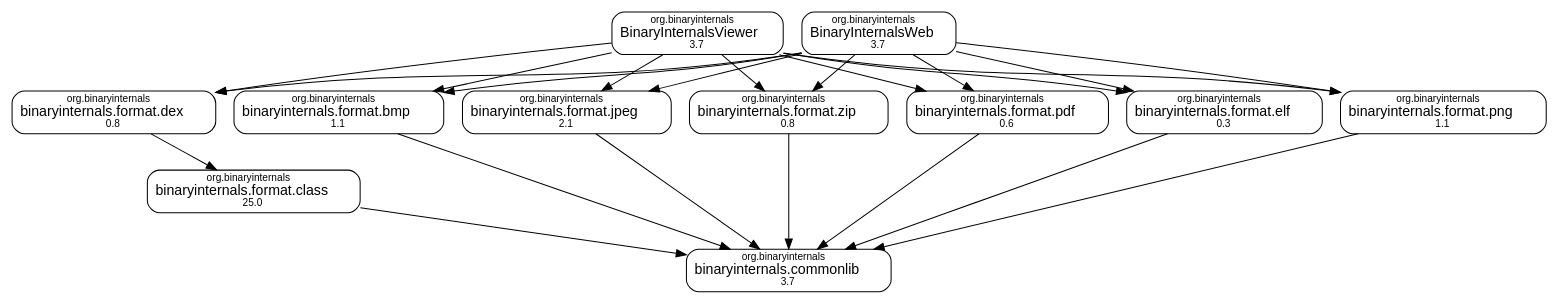
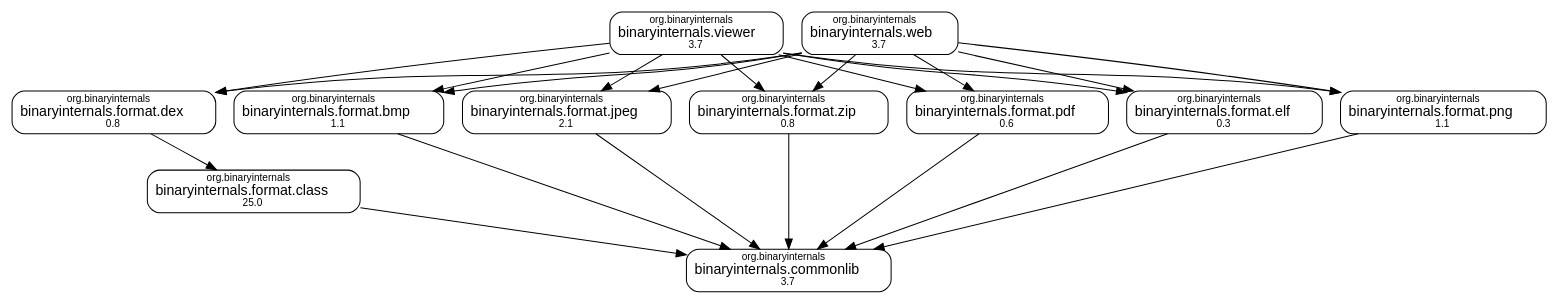
Before and after one commit to amosshi/binaryinternals: the diagram in docs/dependency-graph.dot, drawn with Graphviz. The commit also changed 11 other files, not shown here.

```diff
--- a/docs/dependency-graph.dot
+++ b/docs/dependency-graph.dot
@@ -1,41 +1,41 @@
 digraph "binaryinternals" {
   node [shape="box",style="rounded",fontname="Helvetica",fontsize="14"]
   edge [fontsize="10",fontname="Helvetica"]
 
   // Node Definitions:
   "org.binaryinternals:binaryinternals.format.class:jar:compile"[label=<<font point-size="10">org.binaryinternals</font><br/>binaryinternals.format.class<font point-size="10"><br/>25.0</font>>]
   "org.binaryinternals:binaryinternals.commonlib:jar:compile"[label=<<font point-size="10">org.binaryinternals</font><br/>binaryinternals.commonlib<font point-size="10"><br/>3.7</font>>]
   "org.binaryinternals:binaryinternals.format.bmp:jar:compile"[label=<<font point-size="10">org.binaryinternals</font><br/>binaryinternals.format.bmp<font point-size="10"><br/>1.1</font>>]
   "org.binaryinternals:binaryinternals.format.jpeg:jar:compile"[label=<<font point-size="10">org.binaryinternals</font><br/>binaryinternals.format.jpeg<font point-size="10"><br/>2.1</font>>]
   "org.binaryinternals:binaryinternals.format.zip:jar:compile"[label=<<font point-size="10">org.binaryinternals</font><br/>binaryinternals.format.zip<font point-size="10"><br/>0.8</font>>]
   "org.binaryinternals:binaryinternals.format.pdf:jar:compile"[label=<<font point-size="10">org.binaryinternals</font><br/>binaryinternals.format.pdf<font point-size="10"><br/>0.6</font>>]
   "org.binaryinternals:binaryinternals.format.dex:jar:compile"[label=<<font point-size="10">org.binaryinternals</font><br/>binaryinternals.format.dex<font point-size="10"><br/>0.8</font>>]
   "org.binaryinternals:binaryinternals.format.elf:jar:compile"[label=<<font point-size="10">org.binaryinternals</font><br/>binaryinternals.format.elf<font point-size="10"><br/>0.3</font>>]
   "org.binaryinternals:binaryinternals.format.png:jar:compile"[label=<<font point-size="10">org.binaryinternals</font><br/>binaryinternals.format.png<font point-size="10"><br/>1.1</font>>]
-  "org.binaryinternals:BinaryInternalsViewer:jar:compile"[label=<<font point-size="10">org.binaryinternals</font><br/>BinaryInternalsViewer<font point-size="10"><br/>3.7</font>>]
-  "org.binaryinternals:BinaryInternalsWeb:jar:compile"[label=<<font point-size="10">org.binaryinternals</font><br/>BinaryInternalsWeb<font point-size="10"><br/>3.7</font>>]
+  "org.binaryinternals:binaryinternals.viewer:jar:compile"[label=<<font point-size="10">org.binaryinternals</font><br/>binaryinternals.viewer<font point-size="10"><br/>3.7</font>>]
+  "org.binaryinternals:binaryinternals.web:jar:compile"[label=<<font point-size="10">org.binaryinternals</font><br/>binaryinternals.web<font point-size="10"><br/>3.7</font>>]
 
   // Edge Definitions:
   "org.binaryinternals:binaryinternals.format.class:jar:compile" -> "org.binaryinternals:binaryinternals.commonlib:jar:compile"
   "org.binaryinternals:binaryinternals.format.bmp:jar:compile" -> "org.binaryinternals:binaryinternals.commonlib:jar:compile"
   "org.binaryinternals:binaryinternals.format.jpeg:jar:compile" -> "org.binaryinternals:binaryinternals.commonlib:jar:compile"
   "org.binaryinternals:binaryinternals.format.zip:jar:compile" -> "org.binaryinternals:binaryinternals.commonlib:jar:compile"
   "org.binaryinternals:binaryinternals.format.pdf:jar:compile" -> "org.binaryinternals:binaryinternals.commonlib:jar:compile"
   "org.binaryinternals:binaryinternals.format.dex:jar:compile" -> "org.binaryinternals:binaryinternals.format.class:jar:compile"
   "org.binaryinternals:binaryinternals.format.elf:jar:compile" -> "org.binaryinternals:binaryinternals.commonlib:jar:compile"
   "org.binaryinternals:binaryinternals.format.png:jar:compile" -> "org.binaryinternals:binaryinternals.commonlib:jar:compile"
-  "org.binaryinternals:BinaryInternalsViewer:jar:compile" -> "org.binaryinternals:binaryinternals.format.bmp:jar:compile"
-  "org.binaryinternals:BinaryInternalsViewer:jar:compile" -> "org.binaryinternals:binaryinternals.format.jpeg:jar:compile"
-  "org.binaryinternals:BinaryInternalsViewer:jar:compile" -> "org.binaryinternals:binaryinternals.format.zip:jar:compile"
-  "org.binaryinternals:BinaryInternalsViewer:jar:compile" -> "org.binaryinternals:binaryinternals.format.pdf:jar:compile"
-  "org.binaryinternals:BinaryInternalsViewer:jar:compile" -> "org.binaryinternals:binaryinternals.format.dex:jar:compile"
-  "org.binaryinternals:BinaryInternalsViewer:jar:compile" -> "org.binaryinternals:binaryinternals.format.elf:jar:compile"
-  "org.binaryinternals:BinaryInternalsViewer:jar:compile" -> "org.binaryinternals:binaryinternals.format.png:jar:compile"
-  "org.binaryinternals:BinaryInternalsWeb:jar:compile" -> "org.binaryinternals:binaryinternals.format.bmp:jar:compile"
-  "org.binaryinternals:BinaryInternalsWeb:jar:compile" -> "org.binaryinternals:binaryinternals.format.jpeg:jar:compile"
-  "org.binaryinternals:BinaryInternalsWeb:jar:compile" -> "org.binaryinternals:binaryinternals.format.zip:jar:compile"
-  "org.binaryinternals:BinaryInternalsWeb:jar:compile" -> "org.binaryinternals:binaryinternals.format.pdf:jar:compile"
-  "org.binaryinternals:BinaryInternalsWeb:jar:compile" -> "org.binaryinternals:binaryinternals.format.dex:jar:compile"
-  "org.binaryinternals:BinaryInternalsWeb:jar:compile" -> "org.binaryinternals:binaryinternals.format.elf:jar:compile"
-  "org.binaryinternals:BinaryInternalsWeb:jar:compile" -> "org.binaryinternals:binaryinternals.format.png:jar:compile"
+  "org.binaryinternals:binaryinternals.viewer:jar:compile" -> "org.binaryinternals:binaryinternals.format.bmp:jar:compile"
+  "org.binaryinternals:binaryinternals.viewer:jar:compile" -> "org.binaryinternals:binaryinternals.format.jpeg:jar:compile"
+  "org.binaryinternals:binaryinternals.viewer:jar:compile" -> "org.binaryinternals:binaryinternals.format.zip:jar:compile"
+  "org.binaryinternals:binaryinternals.viewer:jar:compile" -> "org.binaryinternals:binaryinternals.format.pdf:jar:compile"
+  "org.binaryinternals:binaryinternals.viewer:jar:compile" -> "org.binaryinternals:binaryinternals.format.dex:jar:compile"
+  "org.binaryinternals:binaryinternals.viewer:jar:compile" -> "org.binaryinternals:binaryinternals.format.elf:jar:compile"
+  "org.binaryinternals:binaryinternals.viewer:jar:compile" -> "org.binaryinternals:binaryinternals.format.png:jar:compile"
+  "org.binaryinternals:binaryinternals.web:jar:compile" -> "org.binaryinternals:binaryinternals.format.bmp:jar:compile"
+  "org.binaryinternals:binaryinternals.web:jar:compile" -> "org.binaryinternals:binaryinternals.format.jpeg:jar:compile"
+  "org.binaryinternals:binaryinternals.web:jar:compile" -> "org.binaryinternals:binaryinternals.format.zip:jar:compile"
+  "org.binaryinternals:binaryinternals.web:jar:compile" -> "org.binaryinternals:binaryinternals.format.pdf:jar:compile"
+  "org.binaryinternals:binaryinternals.web:jar:compile" -> "org.binaryinternals:binaryinternals.format.dex:jar:compile"
+  "org.binaryinternals:binaryinternals.web:jar:compile" -> "org.binaryinternals:binaryinternals.format.elf:jar:compile"
+  "org.binaryinternals:binaryinternals.web:jar:compile" -> "org.binaryinternals:binaryinternals.format.png:jar:compile"
 }
```
